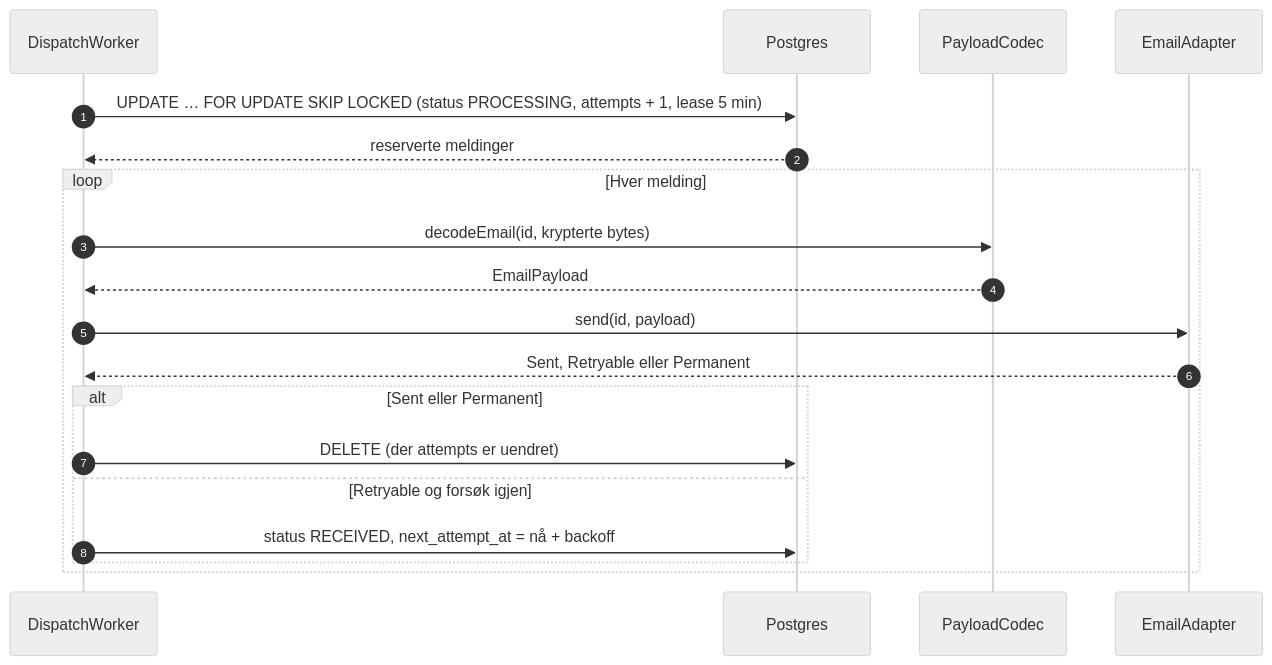
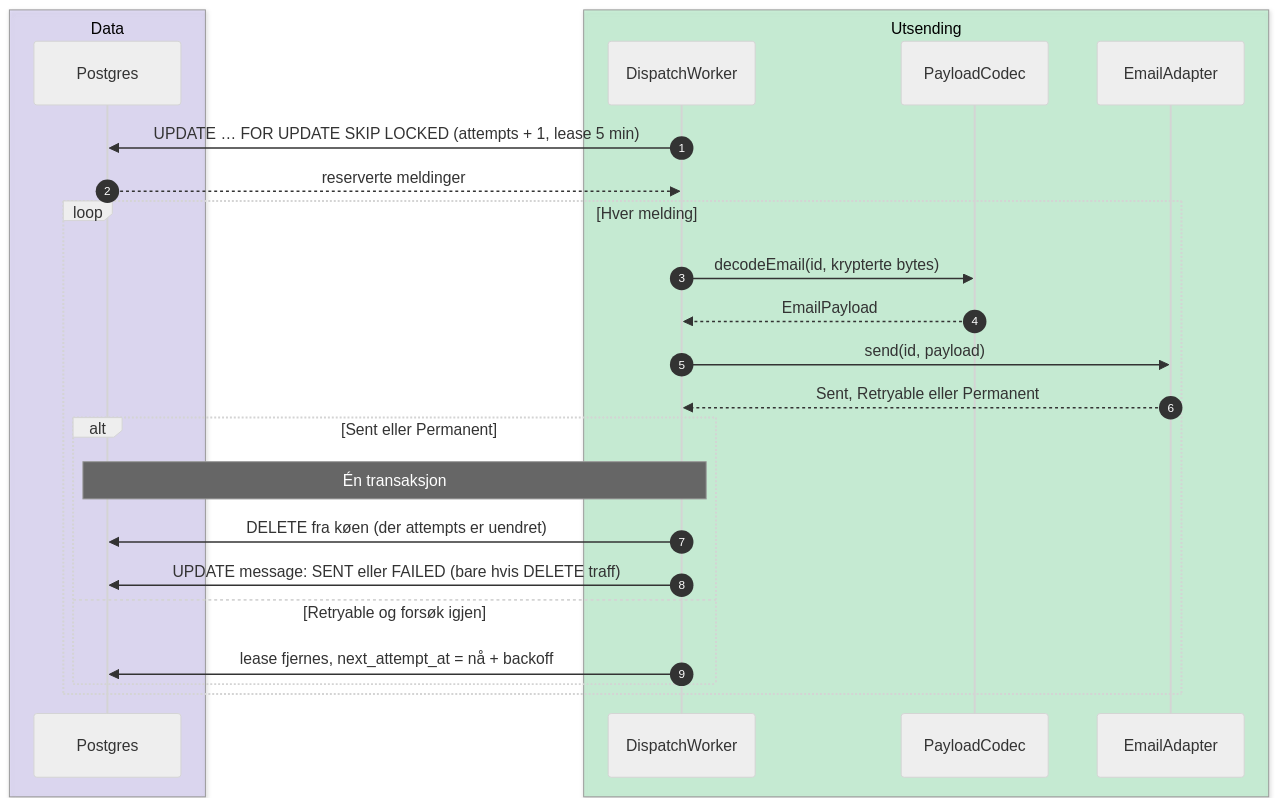
One commit to FINTLabs/fint-communication-service changed the ninth of 14 diagrams in docs/architecture.md. Above: the diagram before and after it, drawn with Mermaid (neutral theme). The commit also changed other lines of this file and 33 other files, not shown here.

````diff
--- a/docs/architecture.md
+++ b/docs/architecture.md
@@ -499,22 +597,28 @@
 ```mermaid
 sequenceDiagram
     autonumber
-    participant W as DispatchWorker
-    participant DB as Postgres
-    participant PC as PayloadCodec
-    participant A as EmailAdapter
+    box rgba(196,181,253,0.35) Data
+        participant DB as Postgres
+    end
+    box rgba(134,239,172,0.35) Utsending
+        participant W as DispatchWorker
+        participant PC as PayloadCodec
+        participant A as EmailAdapter
+    end
 
-    W->>DB: UPDATE … FOR UPDATE SKIP LOCKED (status PROCESSING, attempts + 1, lease 5 min)
+    W->>DB: UPDATE … FOR UPDATE SKIP LOCKED (attempts + 1, lease 5 min)
     DB-->>W: reserverte meldinger
     loop Hver melding
         W->>PC: decodeEmail(id, krypterte bytes)
         PC-->>W: EmailPayload
         W->>A: send(id, payload)
         A-->>W: Sent, Retryable eller Permanent
         alt Sent eller Permanent
-            W->>DB: DELETE (der attempts er uendret)
+            Note over W,DB: Én transaksjon
+            W->>DB: DELETE fra køen (der attempts er uendret)
+            W->>DB: UPDATE message: SENT eller FAILED (bare hvis DELETE traff)
         else Retryable og forsøk igjen
-            W->>DB: status RECEIVED, next_attempt_at = nå + backoff
+            W->>DB: lease fjernes, next_attempt_at = nå + backoff
         end
     end
 ```
````
